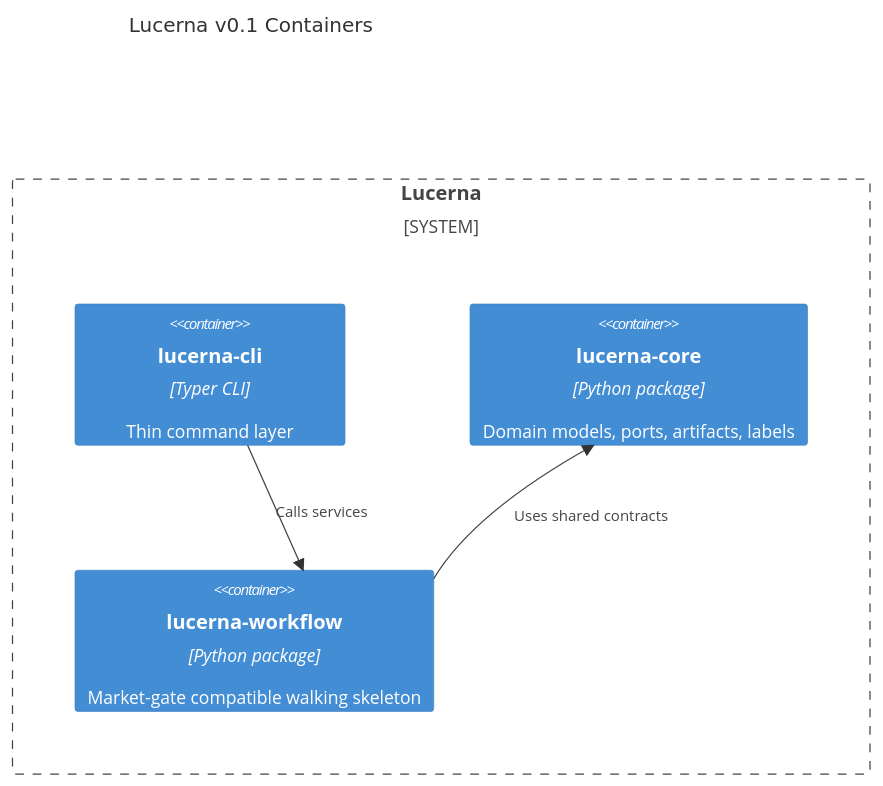
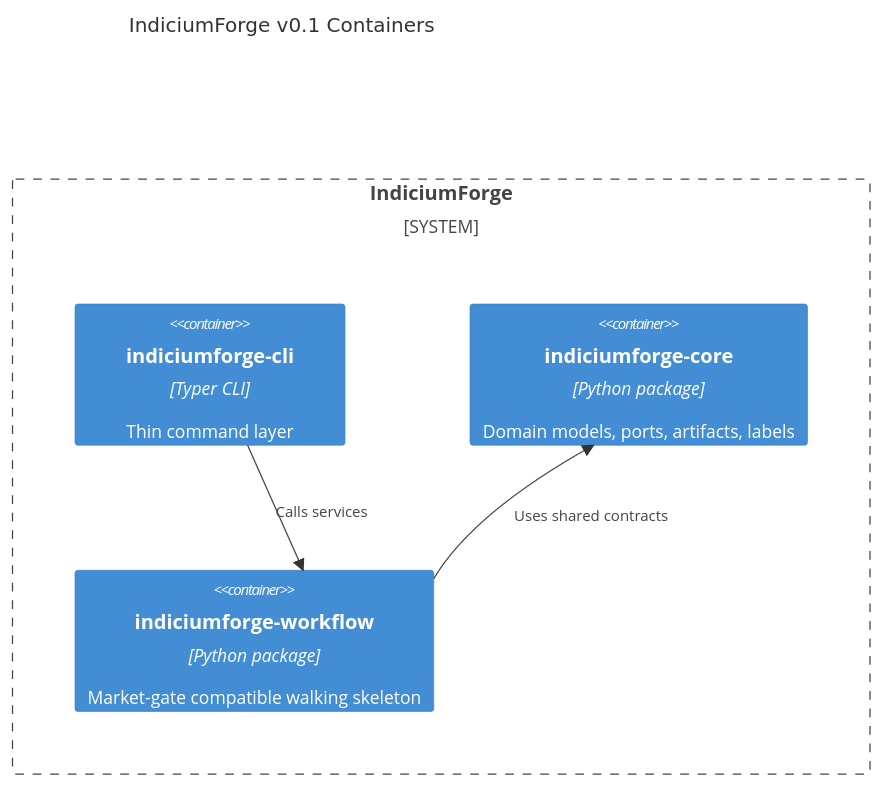
Before and after one commit to Cavaradossi/indiciumforge: the diagram in docs/diagrams/container.md, drawn with Mermaid. The commit also changed other lines of this file and 321 other files, not shown here.

First line of the commit message:
feat: rebrand Lucerna to IndiciumForge (v2.0.0)

````diff
--- a/docs/diagrams/container.md
+++ b/docs/diagrams/container.md
@@ -3,11 +3,11 @@
 ```mermaid
 C4Container
-title Lucerna v0.1 Containers
-System_Boundary(lucerna, "Lucerna") {
-  Container(cli, "lucerna-cli", "Typer CLI", "Thin command layer")
-  Container(core, "lucerna-core", "Python package", "Domain models, ports, artifacts, labels")
-  Container(workflow, "lucerna-workflow", "Python package", "Market-gate compatible walking skeleton")
+title IndiciumForge v0.1 Containers
+System_Boundary(indiciumforge, "IndiciumForge") {
+  Container(cli, "indiciumforge-cli", "Typer CLI", "Thin command layer")
+  Container(core, "indiciumforge-core", "Python package", "Domain models, ports, artifacts, labels")
+  Container(workflow, "indiciumforge-workflow", "Python package", "Market-gate compatible walking skeleton")
 }
 Rel(cli, workflow, "Calls services")
 Rel(workflow, core, "Uses shared contracts")
 ```
````
